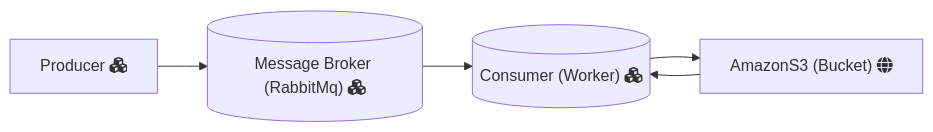
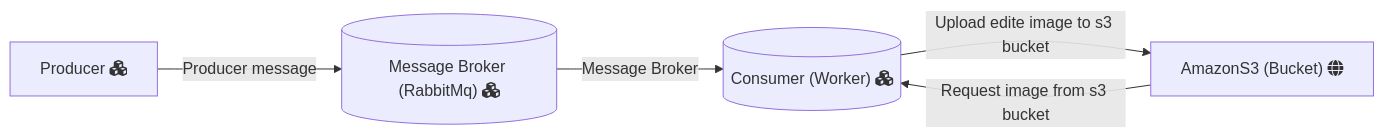
Before and after one commit to FueledByRage/handle-images-worker: the diagram in README.md, drawn with Mermaid.

````diff
--- a/README.md
+++ b/README.md
@@ -16,11 +16,11 @@
 ```mermaid
 graph LR;
     A["Producer fa:fa-cubes"]
     B[("Message Broker (RabbitMq) fa:fa-cubes")]
     C[("Consumer (Worker) fa:fa-cubes")]
     D["AmazonS3 (Bucket) fa:fa-globe"]
-    A-->B;
-    B-->C;
-    C-->D;
-    D-->C;
+    A-->|Producer message|B;
+    B-->|Message Broker|C;
+    C-->|Upload edite image to s3 bucket|D;
+    D-->|Request image from s3 bucket|C;
 ```
````
